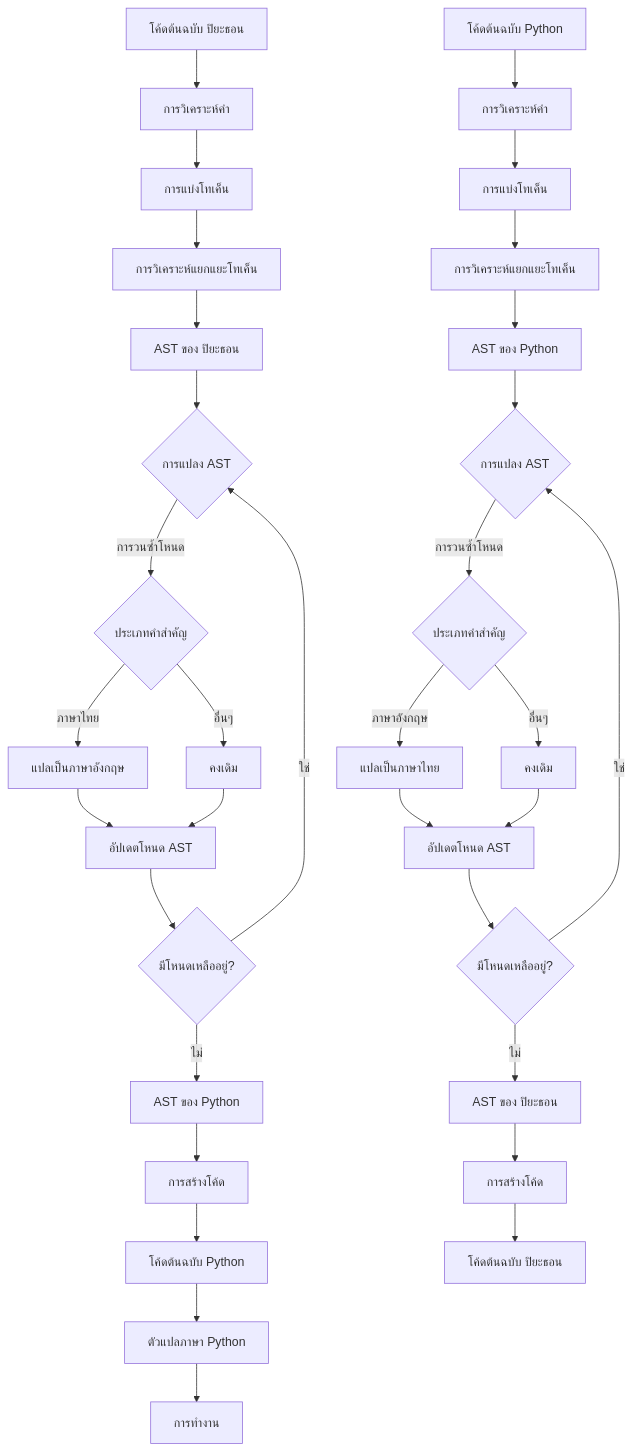
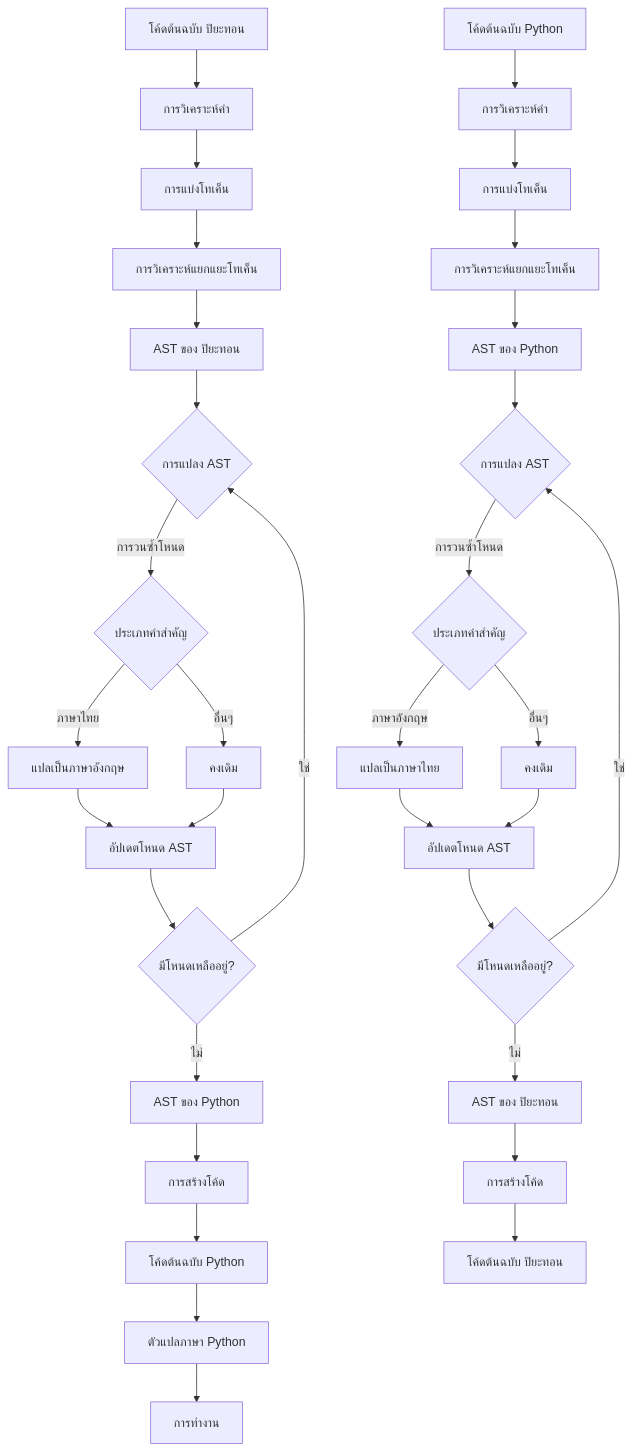
Before and after one commit to piyawish/piyathon: the fourth of 4 diagrams in docs/how_it_works.md, drawn with Mermaid. The commit also changed other lines of this file and 3 other files, not shown here.

Commit message:
change ปิยะธอน to ปิยะทอน

````diff
--- a/docs/how_it_works.md
+++ b/docs/how_it_works.md
@@ -96,36 +96,36 @@
 ```mermaid
 graph TD
-    A[โค้ดต้นฉบับ ปิยะธอน] --> B[การวิเคราะห์คำ]
+    A[โค้ดต้นฉบับ ปิยะทอน] --> B[การวิเคราะห์คำ]
     B --> C[การแบ่งโทเค็น]
     C --> D[การวิเคราะห์แยกแยะโทเค็น]
-    D --> E[AST ของ ปิยะธอน]
+    D --> E[AST ของ ปิยะทอน]
     E --> F{การแปลง AST}
     F -->|การวนซ้ำโหนด| G{ประเภทคำสำคัญ}
     G -->|ภาษาไทย| H[แปลเป็นภาษาอังกฤษ]
     G -->|อื่นๆ| I[คงเดิม]
     H --> J[อัปเดตโหนด AST]
     I --> J
     J --> K{มีโหนดเหลืออยู่?}
     K -->|ใช่| F
     K -->|ไม่| L[AST ของ Python]
     L --> M[การสร้างโค้ด]
     M --> N[โค้ดต้นฉบับ Python]
     N --> O[ตัวแปลภาษา Python]
     O --> P[การทำงาน]
 
     Q[โค้ดต้นฉบับ Python] --> R[การวิเคราะห์คำ]
     R --> S[การแบ่งโทเค็น]
     S --> T[การวิเคราะห์แยกแยะโทเค็น]
     T --> U[AST ของ Python]
     U --> V{การแปลง AST}
     V -->|การวนซ้ำโหนด| W{ประเภทคำสำคัญ}
     W -->|ภาษาอังกฤษ| X[แปลเป็นภาษาไทย]
     W -->|อื่นๆ| Y[คงเดิม]
     X --> Z[อัปเดตโหนด AST]
     Y --> Z
     Z --> AA{มีโหนดเหลืออยู่?}
     AA -->|ใช่| V
-    AA -->|ไม่| AB[AST ของ ปิยะธอน]
+    AA -->|ไม่| AB[AST ของ ปิยะทอน]
     AB --> AC[การสร้างโค้ด]
-    AC --> AD[โค้ดต้นฉบับ ปิยะธอน]
+    AC --> AD[โค้ดต้นฉบับ ปิยะทอน]
 ```
````
